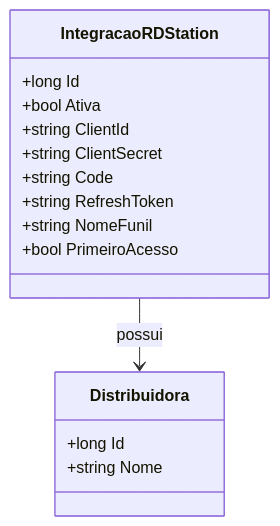
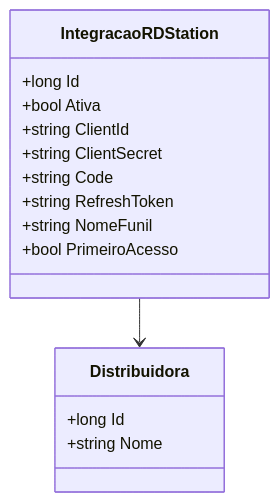
The second of 2 diagrams in docs/b2b-dominio/IsthmusWinthor.Nucleo/IsthmusWinthor.Dominio/Entidades/IntegracaoRDStation.md (IsthmusSistemas/documentacao-tecnica), drawn with Mermaid before and after one commit. The commit also changed other lines of this file and 882 other files, not shown here.

````diff
--- a/docs/b2b-dominio/IsthmusWinthor.Nucleo/IsthmusWinthor.Dominio/Entidades/IntegracaoRDStation.md
+++ b/docs/b2b-dominio/IsthmusWinthor.Nucleo/IsthmusWinthor.Dominio/Entidades/IntegracaoRDStation.md
@@ -34,20 +39,19 @@
 ```mermaid
 classDiagram
     class IntegracaoRDStation {
         +long Id
         +bool Ativa
         +string ClientId
         +string ClientSecret
         +string Code
         +string RefreshToken
         +string NomeFunil
         +bool PrimeiroAcesso
     }
-
     class Distribuidora {
         +long Id
         +string Nome
     }
 
-    IntegracaoRDStation --> Distribuidora : possui
-``` 
+    IntegracaoRDStation --> Distribuidora
+```
````
